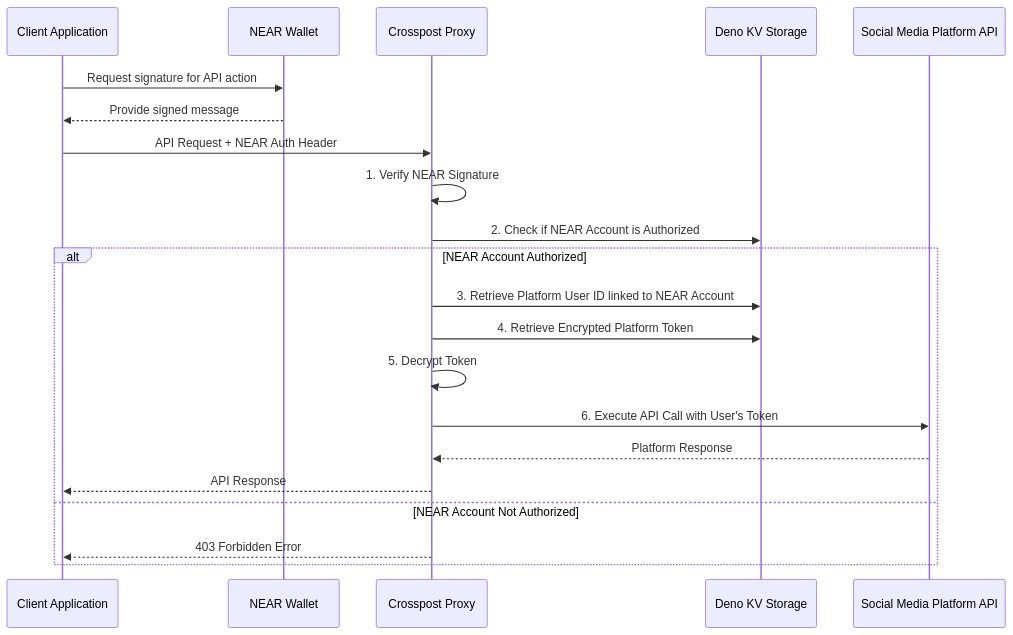
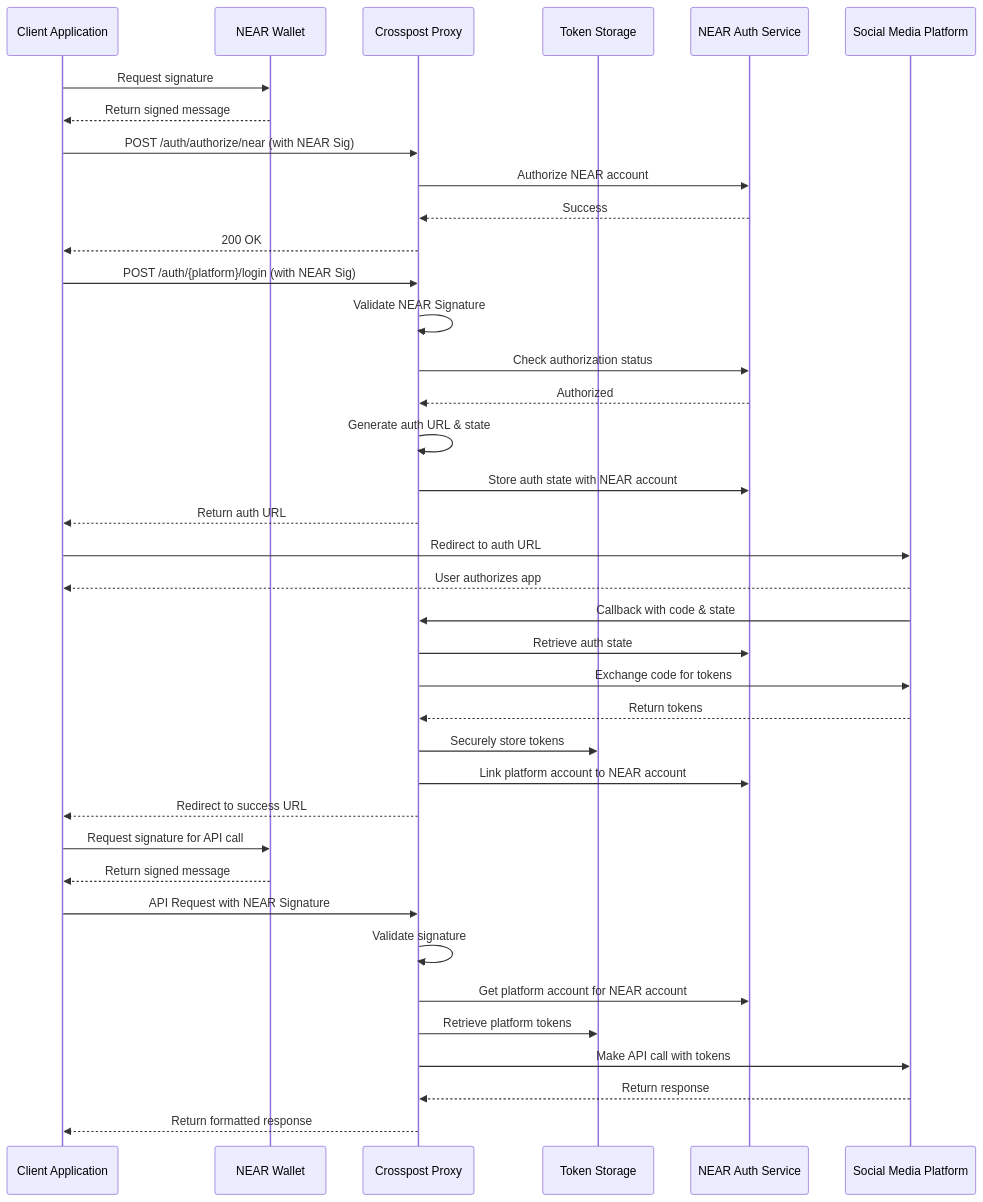
Before and after one commit to open-crosspost/open-crosspost-proxy-service: the second of 2 diagrams in README.md, drawn with Mermaid. The commit also changed other lines of this file and 16 other files, not shown here.

````diff
--- a/README.md
+++ b/README.md
@@ -54,24 +79,48 @@
 ```mermaid
 sequenceDiagram
     participant ClientApp as Client Application
     participant NearWallet as NEAR Wallet
     participant ProxyService as Crosspost Proxy
-    participant DenoKV as Deno KV Storage
-    participant PlatformAPI as Social Media Platform API
+    participant TokenStorage as Token Storage
+    participant NearAuthSvc as NEAR Auth Service
+    participant PlatformAPI as Social Media Platform
 
-    ClientApp->>NearWallet: Request signature for API action
-    NearWallet-->>ClientApp: Provide signed message
-    ClientApp->>ProxyService: API Request + NEAR Auth Header
-    ProxyService->>ProxyService: 1. Verify NEAR Signature
-    ProxyService->>DenoKV: 2. Check if NEAR Account is Authorized
-    alt NEAR Account Authorized
-        ProxyService->>DenoKV: 3. Retrieve Platform User ID linked to NEAR Account
-        ProxyService->>DenoKV: 4. Retrieve Encrypted Platform Token
-        ProxyService->>ProxyService: 5. Decrypt Token
-        ProxyService->>PlatformAPI: 6. Execute API Call with User's Token
-        PlatformAPI-->>ProxyService: Platform Response
-        ProxyService-->>ClientApp: API Response
-    else NEAR Account Not Authorized
-        ProxyService-->>ClientApp: 403 Forbidden Error
-    end
+    %% Step 1: NEAR Authorization %%
+    ClientApp->>NearWallet: Request signature
+    NearWallet-->>ClientApp: Return signed message
+    ClientApp->>ProxyService: POST /auth/authorize/near (with NEAR Sig)
+    ProxyService->>NearAuthSvc: Authorize NEAR account
+    NearAuthSvc-->>ProxyService: Success
+    ProxyService-->>ClientApp: 200 OK
+
+    %% Step 2: Platform Account Linking %%
+    ClientApp->>ProxyService: POST /auth/{platform}/login (with NEAR Sig)
+    ProxyService->>ProxyService: Validate NEAR Signature
+    ProxyService->>NearAuthSvc: Check authorization status
+    NearAuthSvc-->>ProxyService: Authorized
+    ProxyService->>ProxyService: Generate auth URL & state
+    ProxyService->>NearAuthSvc: Store auth state with NEAR account
+    ProxyService-->>ClientApp: Return auth URL
+
+    %% Step 3: Platform OAuth %%
+    ClientApp->>PlatformAPI: Redirect to auth URL
+    PlatformAPI-->>ClientApp: User authorizes app
+    PlatformAPI->>ProxyService: Callback with code & state
+    ProxyService->>NearAuthSvc: Retrieve auth state
+    ProxyService->>PlatformAPI: Exchange code for tokens
+    PlatformAPI-->>ProxyService: Return tokens
+    ProxyService->>TokenStorage: Securely store tokens
+    ProxyService->>NearAuthSvc: Link platform account to NEAR account
+    ProxyService-->>ClientApp: Redirect to success URL
+
+    %% Step 4: Making API Calls %%
+    ClientApp->>NearWallet: Request signature for API call
+    NearWallet-->>ClientApp: Return signed message
+    ClientApp->>ProxyService: API Request with NEAR Signature
+    ProxyService->>ProxyService: Validate signature
+    ProxyService->>NearAuthSvc: Get platform account for NEAR account
+    ProxyService->>TokenStorage: Retrieve platform tokens
+    ProxyService->>PlatformAPI: Make API call with tokens
+    PlatformAPI-->>ProxyService: Return response
+    ProxyService-->>ClientApp: Return formatted response
 ```
````
